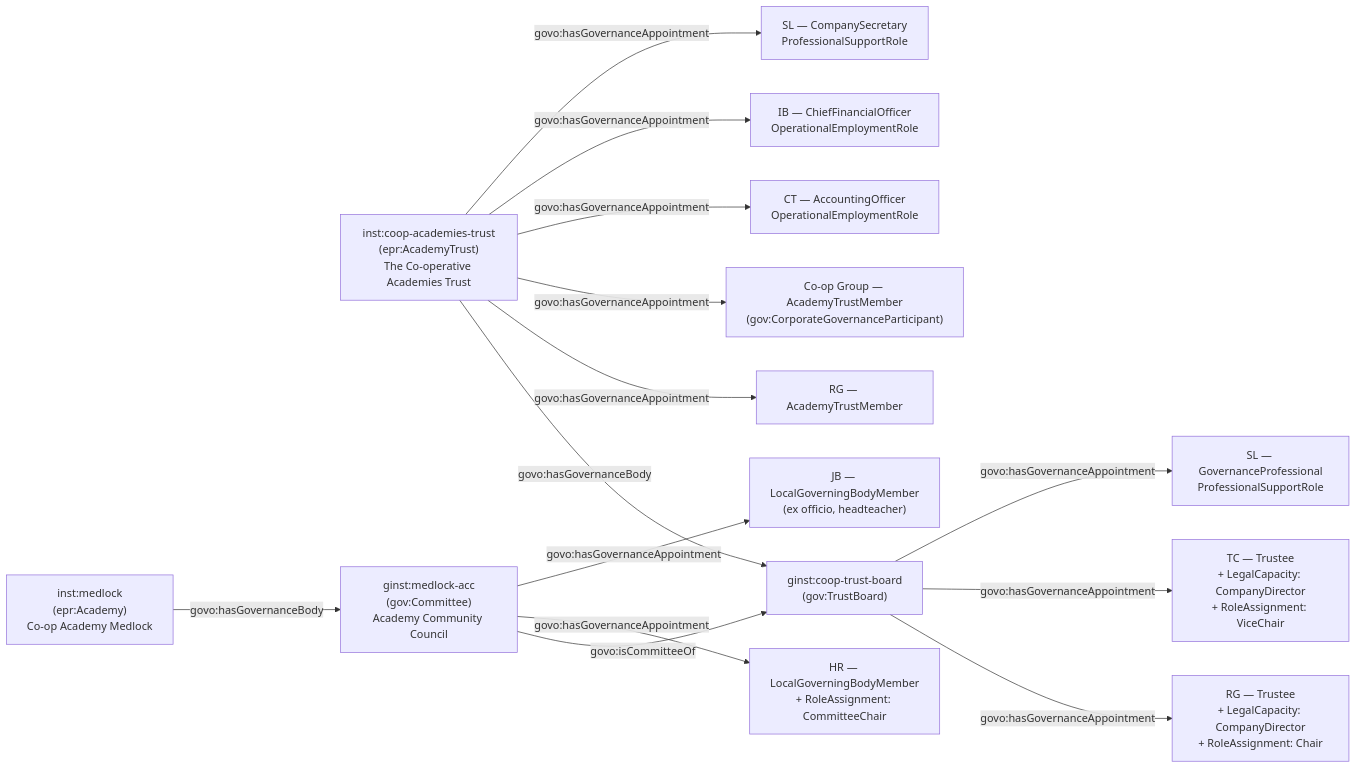
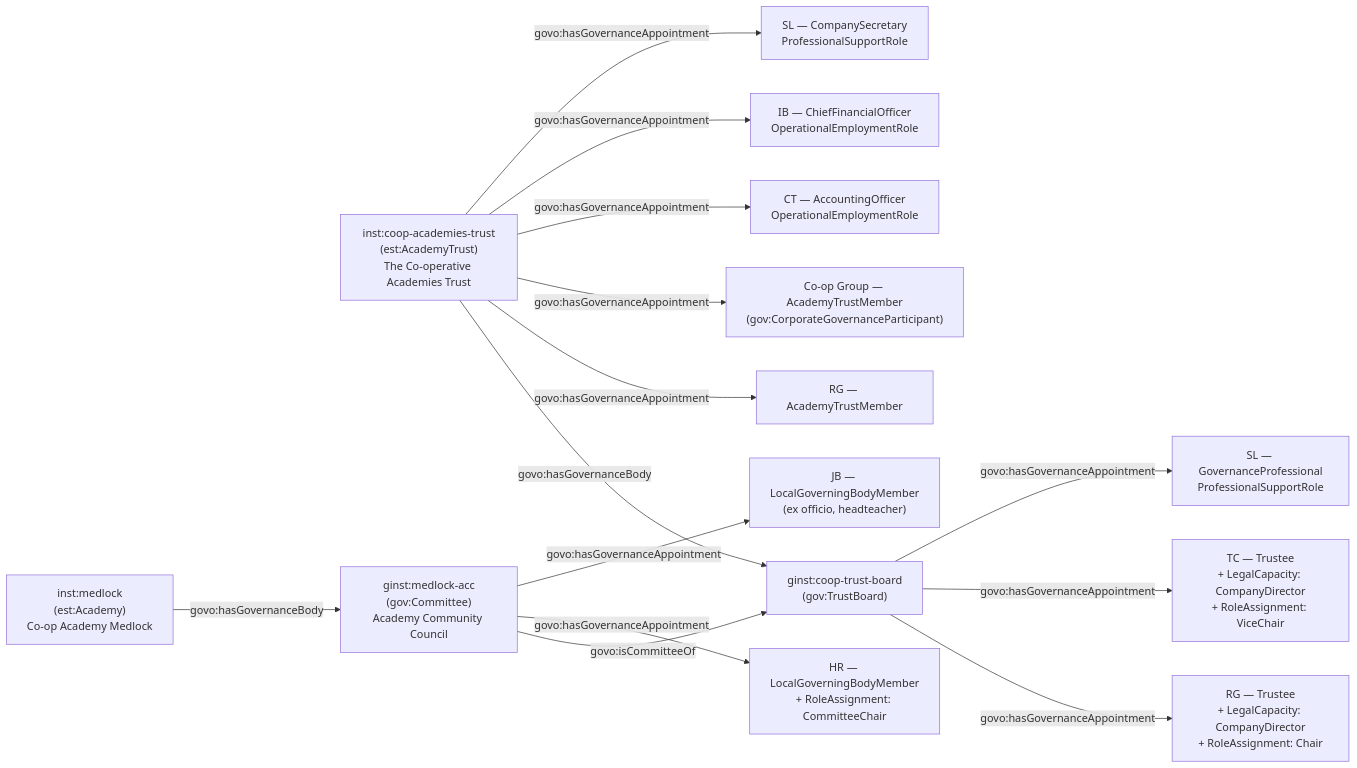
One commit to DFE-Digital/education-provider-registry-docs changed the second of 2 diagrams in docs-site/content/models/governance/worked-examples/medlock-mat/index.md. Above: the diagram before and after it, drawn with Mermaid. The commit also changed other lines of this file and 42 other files, not shown here.

````diff
--- a/docs-site/content/models/governance/worked-examples/medlock-mat/index.md
+++ b/docs-site/content/models/governance/worked-examples/medlock-mat/index.md
@@ -90,25 +90,25 @@
 ```mermaid
 flowchart LR
-    AT["inst:coop-academies-trust<br/>(epr:AcademyTrust)<br/>The Co-operative Academies Trust"]
-    MED["inst:medlock<br/>(epr:Academy)<br/>Co-op Academy Medlock"]
+    AT["inst:coop-academies-trust<br/>(est:AcademyTrust)<br/>The Co-operative Academies Trust"]
+    MED["inst:medlock<br/>(est:Academy)<br/>Co-op Academy Medlock"]
     TB["ginst:coop-trust-board<br/>(gov:TrustBoard)"]
     ACC["ginst:medlock-acc<br/>(gov:Committee)<br/>Academy Community Council"]
 
     AT -->|govo:hasGovernanceBody| TB
     ACC -->|govo:isCommitteeOf| TB
     MED -->|govo:hasGovernanceBody| ACC
 
     AT -->|govo:hasGovernanceAppointment| M1["RG — AcademyTrustMember"]
     AT -->|govo:hasGovernanceAppointment| M2["Co-op Group — AcademyTrustMember<br/>(gov:CorporateGovernanceParticipant)"]
 
     TB -->|govo:hasGovernanceAppointment| T1["RG — Trustee<br/>+ LegalCapacity: CompanyDirector<br/>+ RoleAssignment: Chair"]
     TB -->|govo:hasGovernanceAppointment| T2["TC — Trustee<br/>+ LegalCapacity: CompanyDirector<br/>+ RoleAssignment: ViceChair"]
 
     ACC -->|govo:hasGovernanceAppointment| C1["HR — LocalGoverningBodyMember<br/>+ RoleAssignment: CommitteeChair"]
     ACC -->|govo:hasGovernanceAppointment| C2["JB — LocalGoverningBodyMember<br/>(ex officio, headteacher)"]
 
     AT -->|govo:hasGovernanceAppointment| O1["CT — AccountingOfficer<br/>OperationalEmploymentRole"]
     AT -->|govo:hasGovernanceAppointment| O2["IB — ChiefFinancialOfficer<br/>OperationalEmploymentRole"]
     TB -->|govo:hasGovernanceAppointment| P1["SL — GovernanceProfessional<br/>ProfessionalSupportRole"]
     AT -->|govo:hasGovernanceAppointment| P2["SL — CompanySecretary<br/>ProfessionalSupportRole"]
 ```
````
